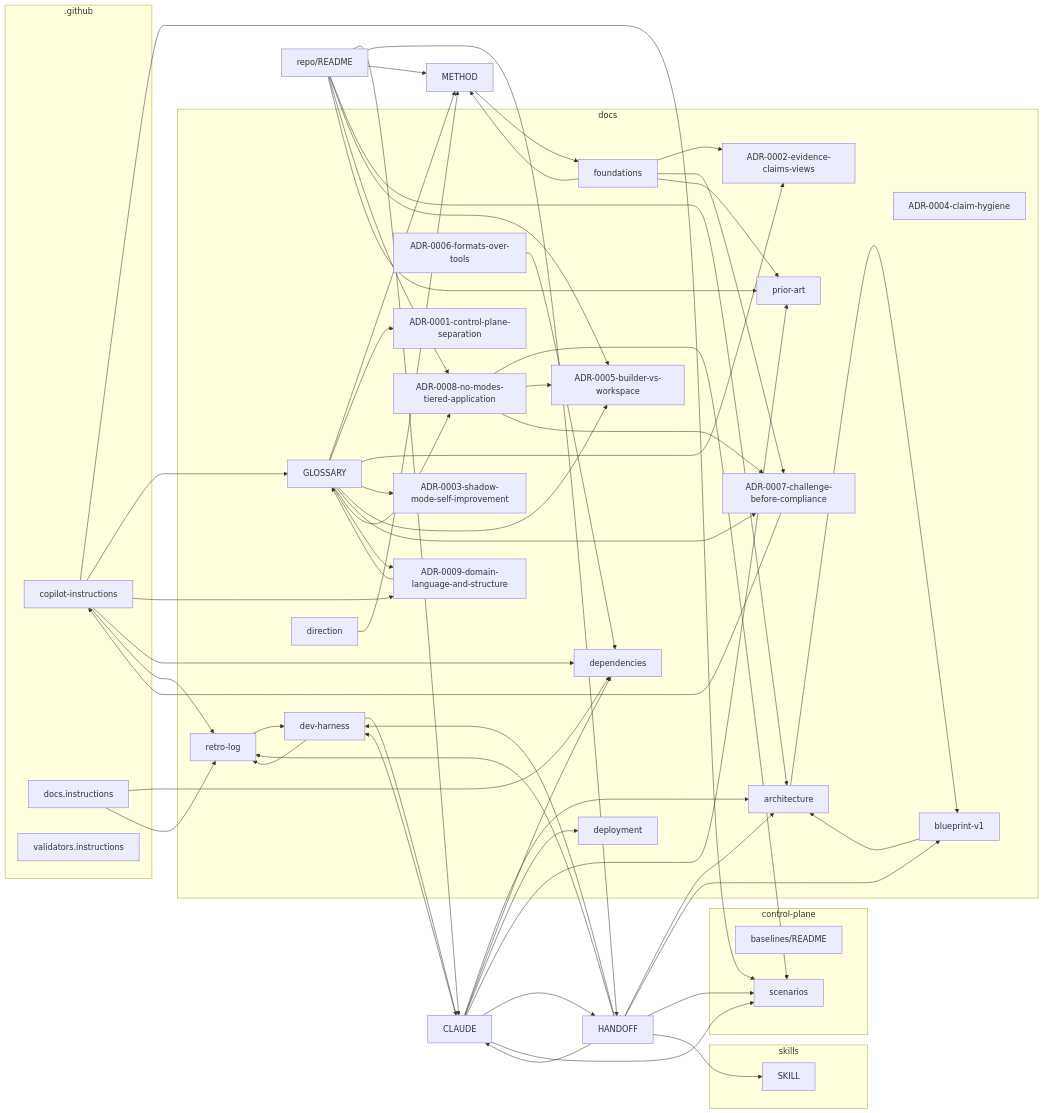
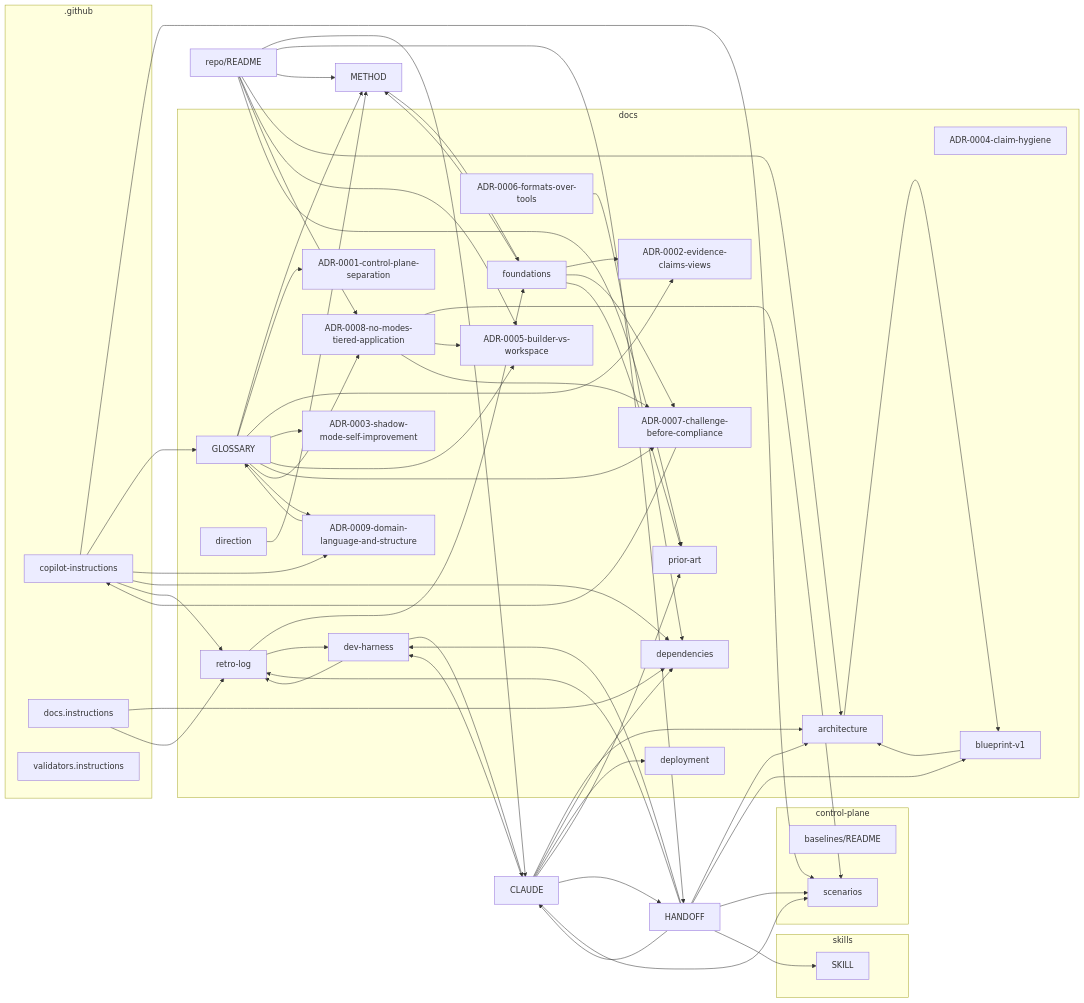
One commit to boulaajaj/ai-mise changed the diagram in docs/mindmap.md. Above: the diagram before and after it, drawn with Mermaid. The commit also changed other lines of this file and 3 other files, not shown here.

````diff
--- a/docs/mindmap.md
+++ b/docs/mindmap.md
@@ -95,5 +95,6 @@
   docs_meta_dev_harness_md --> CLAUDE_md
   docs_meta_dev_harness_md --> docs_meta_retro_log_md
   docs_meta_direction_md --> METHOD_md
+  docs_meta_retro_log_md --> docs_foundations_md
   docs_meta_retro_log_md --> docs_meta_dev_harness_md
 ```
````
